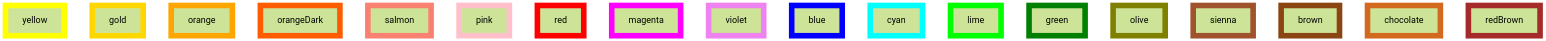
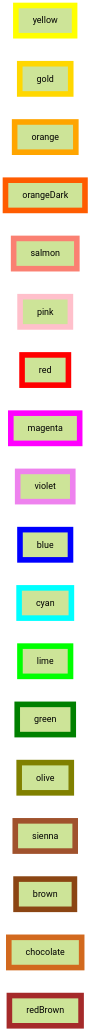
Before and after one commit to Ee-Cs/Ee-Cs.github.io: the second of 2 diagrams in files/fill-and-stroke-colors.md, drawn with Mermaid (forest theme).

````diff
--- a/files/fill-and-stroke-colors.md
+++ b/files/fill-and-stroke-colors.md
@@ -28,40 +28,40 @@
 ```mermaid
-flowchart
+flowchart LR
     yellow:::yellow
     gold:::gold
     orange:::orange
     orangeDark:::orangeDark
     salmon:::salmon
     pink:::pink
     red:::red
     magenta:::magenta
     violet:::violet
     blue:::blue
     cyan:::cyan
     lime:::lime
     green:::green
     olive:::olive
     sienna:::sienna
     brown:::brown
     chocolate:::chocolate
     redBrown:::redBrown
 %% Styles
     classDef brown stroke:saddlebrown,stroke-width:10px
     classDef blue stroke:blue,stroke-width:10px
     classDef chocolate stroke:chocolate,stroke-width:10px
     classDef cyan stroke:cyan,stroke-width:10px
     classDef gold stroke:gold,stroke-width:10px
     classDef green stroke:green,stroke-width:10px
     classDef lime stroke:lime,stroke-width:10px
     classDef magenta stroke:magenta,stroke-width:10px
     classDef olive stroke:olive,stroke-width:10px
     classDef orange stroke:orange,stroke-width:10px
     classDef orangeDark stroke:#FF5C00,stroke-width:10px
     classDef pink stroke:pink,stroke-width:10px
     classDef red stroke:red,stroke-width:10px
     classDef redBrown stroke:brown,stroke-width:10px
     classDef salmon stroke:salmon,stroke-width:10px
     classDef sienna stroke:sienna,stroke-width:10px
     classDef violet stroke:violet,stroke-width:10px
     classDef yellow stroke:yellow,stroke-width:10px
 ```
````
